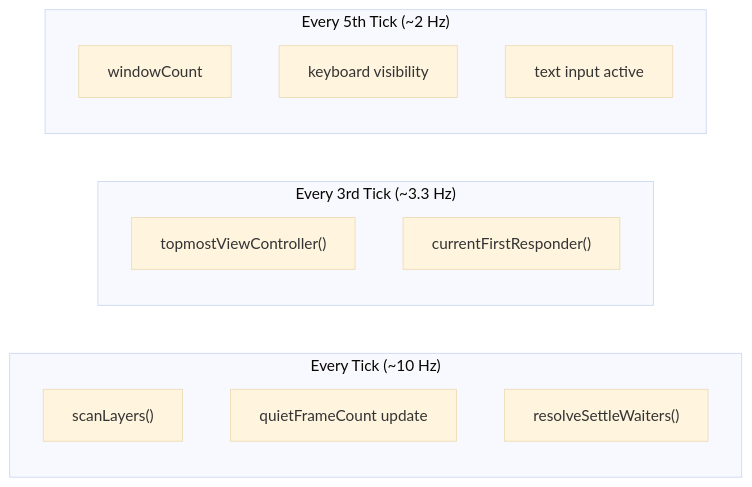
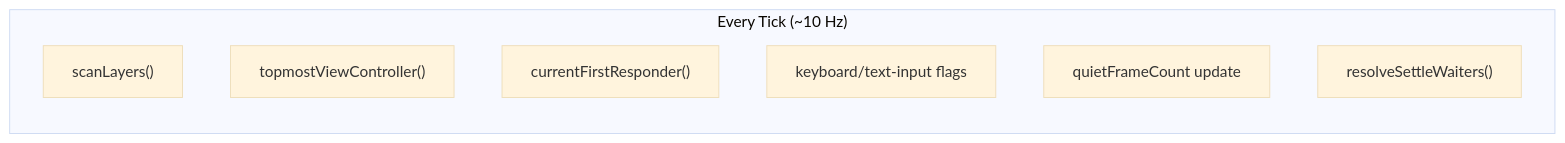
Before and after one commit to RoyalPineapple/TheButtonHeist: the second of 6 diagrams in docs/dossiers/14-THETRIPWIRE.md, drawn with Mermaid (base theme). The commit also changed other lines of this file and 17 other files, not shown here.

````diff
--- a/docs/dossiers/14-THETRIPWIRE.md
+++ b/docs/dossiers/14-THETRIPWIRE.md
@@ -122,19 +125,11 @@
 ```mermaid
 flowchart LR
     subgraph EveryTick["Every Tick (~10 Hz)"]
         SL["scanLayers()"]
+        VC["topmostViewController()"]
+        FR["currentFirstResponder()"]
+        KB["keyboard/text-input flags"]
         QF["quietFrameCount update"]
         SW["resolveSettleWaiters()"]
     end
-
-    subgraph Every3rd["Every 3rd Tick (~3.3 Hz)"]
-        VC["topmostViewController()"]
-        FR["currentFirstResponder()"]
-    end
-
-    subgraph Every5th["Every 5th Tick (~2 Hz)"]
-        WC["windowCount"]
-        KB["keyboard visibility"]
-        TI["text input active"]
-    end
 ```
````
